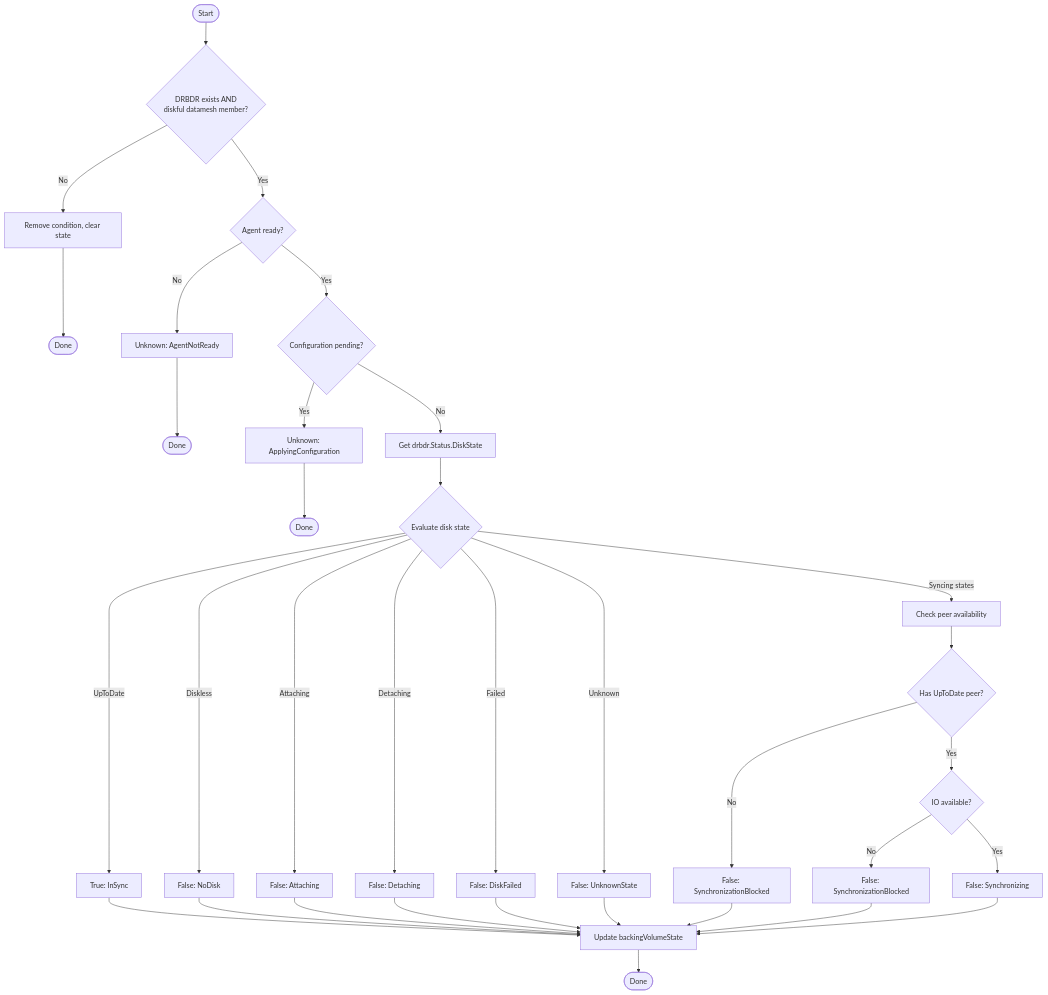
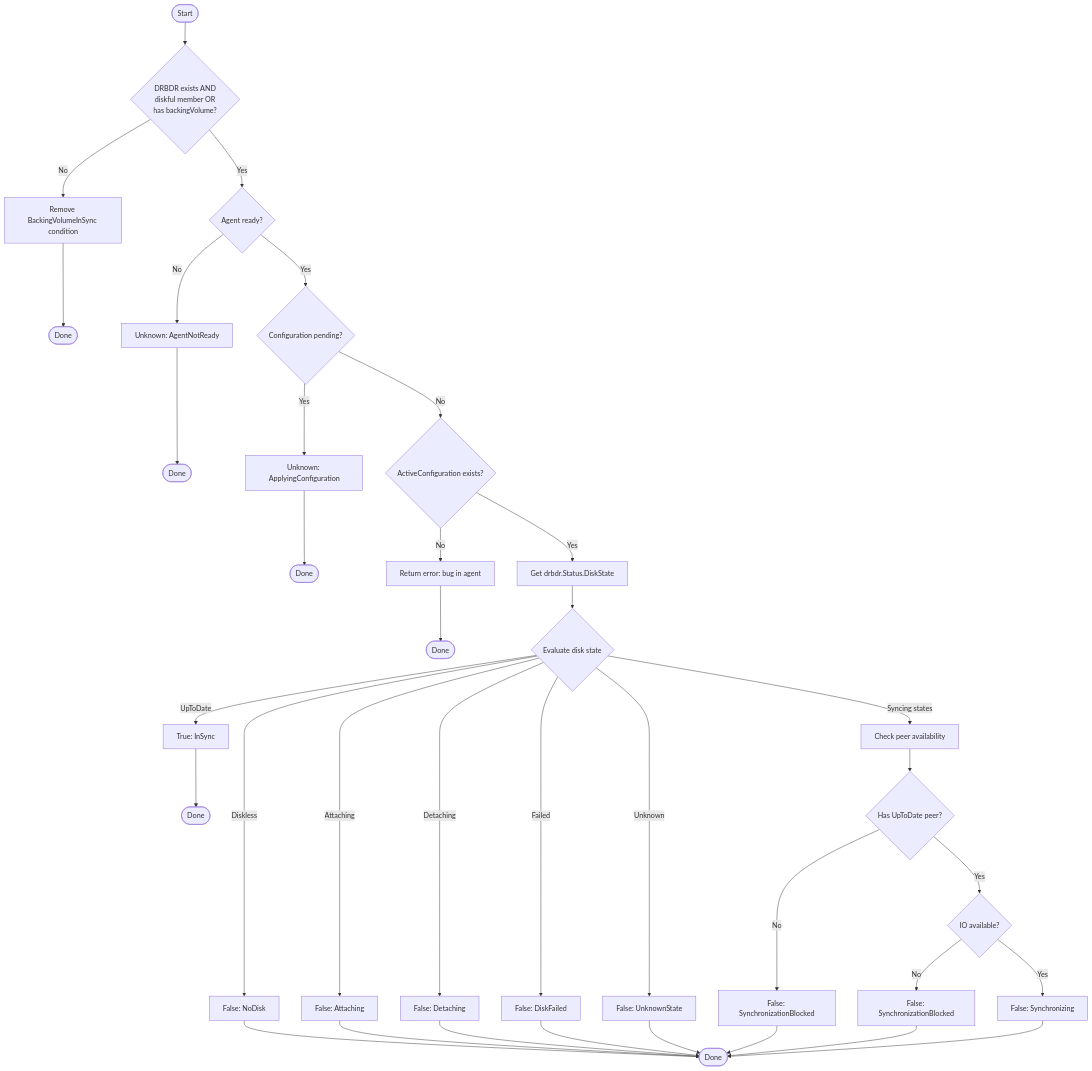
One commit to deckhouse/sds-replicated-volume changed the ninth of 10 diagrams in images/controller/internal/controllers/rvr_controller/README.md. Above: the diagram before and after it, drawn with Mermaid. The commit also changed other lines of this file and 7 other files, not shown here.

First line of the commit message:
[rvr-controller] Add actual backing volume metadata to RVR status

````diff
--- a/images/controller/internal/controllers/rvr_controller/README.md
+++ b/images/controller/internal/controllers/rvr_controller/README.md
@@ -770,43 +839,46 @@
 ```mermaid
 flowchart TD
-    Start([Start]) --> CheckRelevant{DRBDR exists AND<br/>diskful datamesh member?}
-    CheckRelevant -->|No| RemoveAll[Remove condition, clear state]
-    RemoveAll --> End1([Done])
+    Start([Start]) --> CheckRelevant{DRBDR exists AND<br/>diskful member OR<br/>has backingVolume?}
+    CheckRelevant -->|No| RemoveCond[Remove BackingVolumeInSync condition]
+    RemoveCond --> End1([Done])
 
     CheckRelevant -->|Yes| CheckAgent{Agent ready?}
     CheckAgent -->|No| SetUnknown1[Unknown: AgentNotReady]
     SetUnknown1 --> End2([Done])
 
     CheckAgent -->|Yes| CheckPending{Configuration pending?}
     CheckPending -->|Yes| SetUnknown2[Unknown: ApplyingConfiguration]
     SetUnknown2 --> End3([Done])
 
-    CheckPending -->|No| GetDiskState[Get drbdr.Status.DiskState]
+    CheckPending -->|No| CheckActive{ActiveConfiguration exists?}
+    CheckActive -->|No| Error[Return error: bug in agent]
+    Error --> End6([Done])
+
+    CheckActive -->|Yes| GetDiskState[Get drbdr.Status.DiskState]
     GetDiskState --> EvalState{Evaluate disk state}
 
     EvalState -->|UpToDate| SetTrue[True: InSync]
+    SetTrue --> End4([Done])
+
     EvalState -->|Diskless| SetFalse1[False: NoDisk]
     EvalState -->|Attaching| SetFalse2[False: Attaching]
     EvalState -->|Detaching| SetFalse3[False: Detaching]
     EvalState -->|Failed| SetFalse4[False: DiskFailed]
     EvalState -->|Syncing states| CheckPeers[Check peer availability]
     EvalState -->|Unknown| SetFalse5[False: UnknownState]
 
     CheckPeers --> PeerCheck{Has UpToDate peer?}
     PeerCheck -->|No| SetBlocked1[False: SynchronizationBlocked]
     PeerCheck -->|Yes| IOCheck{IO available?}
     IOCheck -->|No| SetBlocked2[False: SynchronizationBlocked]
     IOCheck -->|Yes| SetSyncing[False: Synchronizing]
 
-    SetTrue --> UpdateState[Update backingVolumeState]
-    SetFalse1 --> UpdateState
-    SetFalse2 --> UpdateState
-    SetFalse3 --> UpdateState
-    SetFalse4 --> UpdateState
-    SetFalse5 --> UpdateState
-    SetBlocked1 --> UpdateState
-    SetBlocked2 --> UpdateState
-    SetSyncing --> UpdateState
-
-    UpdateState --> End4([Done])
+    SetFalse1 --> End5([Done])
+    SetFalse2 --> End5
+    SetFalse3 --> End5
+    SetFalse4 --> End5
+    SetFalse5 --> End5
+    SetBlocked1 --> End5
+    SetBlocked2 --> End5
+    SetSyncing --> End5
 ```
````
